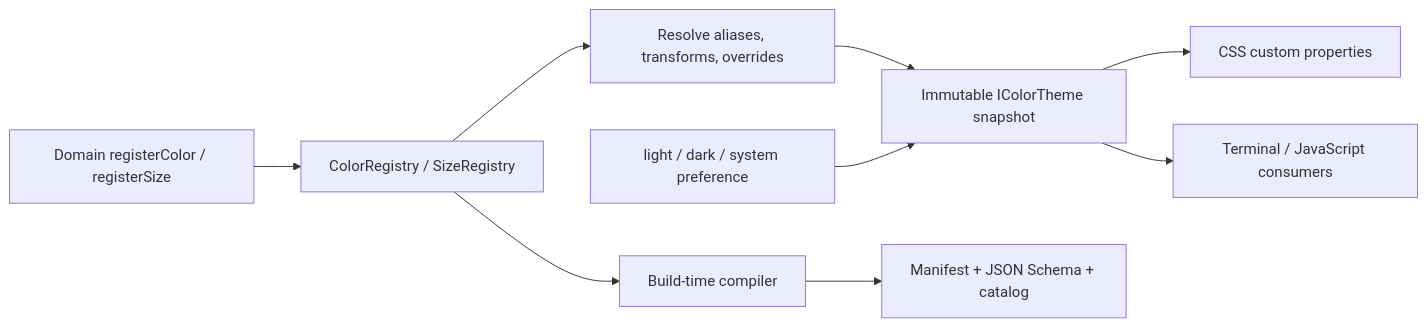
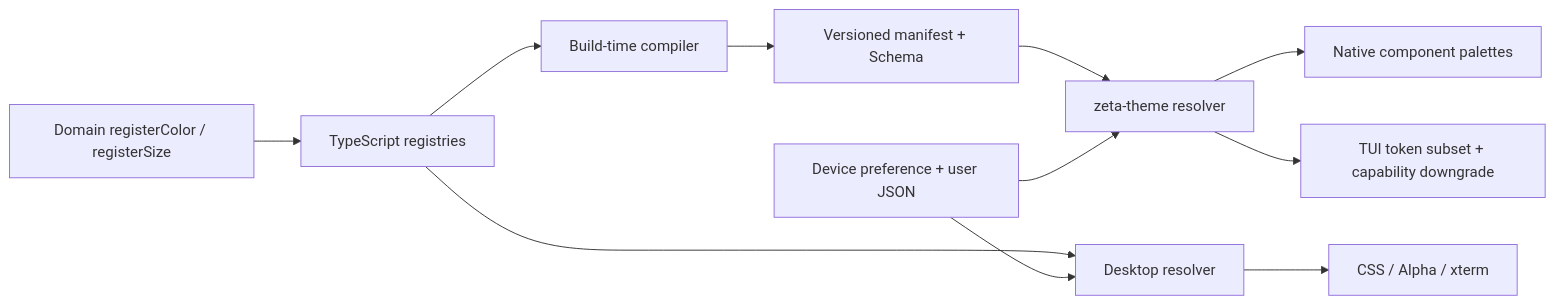
One commit to chogng/zeta changed the diagram in docs/design-tokens.md. Above: the diagram before and after it, drawn with Mermaid. The commit also changed other lines of this file and 174 other files, not shown here.

First line of the commit message:
Refactor TUI color handling and theme management

````diff
--- a/docs/design-tokens.md
+++ b/docs/design-tokens.md
@@ -34,11 +38,13 @@
 ```mermaid
 flowchart LR
-  A["Domain registerColor / registerSize"] --> B["ColorRegistry / SizeRegistry"]
-  B --> C["Resolve aliases, transforms, overrides"]
-  C --> D["Immutable IColorTheme snapshot"]
-  D --> E["CSS custom properties"]
-  D --> F["Terminal / JavaScript consumers"]
-  G["light / dark / system preference"] --> D
-  B --> H["Build-time compiler"]
-  H --> I["Manifest + JSON Schema + catalog"]
+  A["Domain registerColor / registerSize"] --> B["TypeScript registries"]
+  B --> C["Build-time compiler"]
+  C --> D["Versioned manifest + Schema"]
+  B --> E["Desktop resolver"]
+  D --> F["zeta-theme resolver"]
+  G["Device preference + user JSON"] --> E
+  G --> F
+  E --> H["CSS / Alpha / xterm"]
+  F --> I["Native component palettes"]
+  F --> J["TUI token subset + capability downgrade"]
 ```
````
